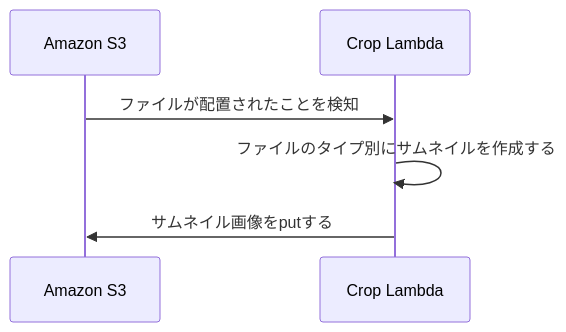
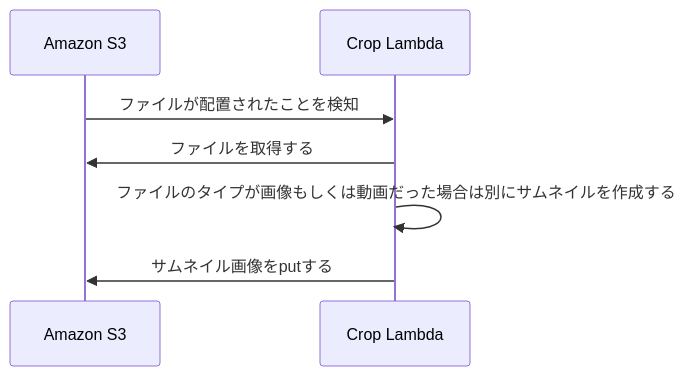
One commit to sunjin110/folio changed the diagram in gomb/README.md. Above: the diagram before and after it, drawn with Mermaid. The commit also changed 7 other files, not shown here.

````diff
--- a/gomb/README.md
+++ b/gomb/README.md
@@ -5,9 +5,10 @@
 ```mermaid
 sequenceDiagram
     participant s3 as Amazon S3
     participant crop as Crop Lambda
 
 s3->>crop: ファイルが配置されたことを検知
-crop->>crop: ファイルのタイプ別にサムネイルを作成する
+crop->>s3: ファイルを取得する
+crop->>crop: ファイルのタイプが画像もしくは動画だった場合は別にサムネイルを作成する
 crop->>s3: サムネイル画像をputする
 ```
````
